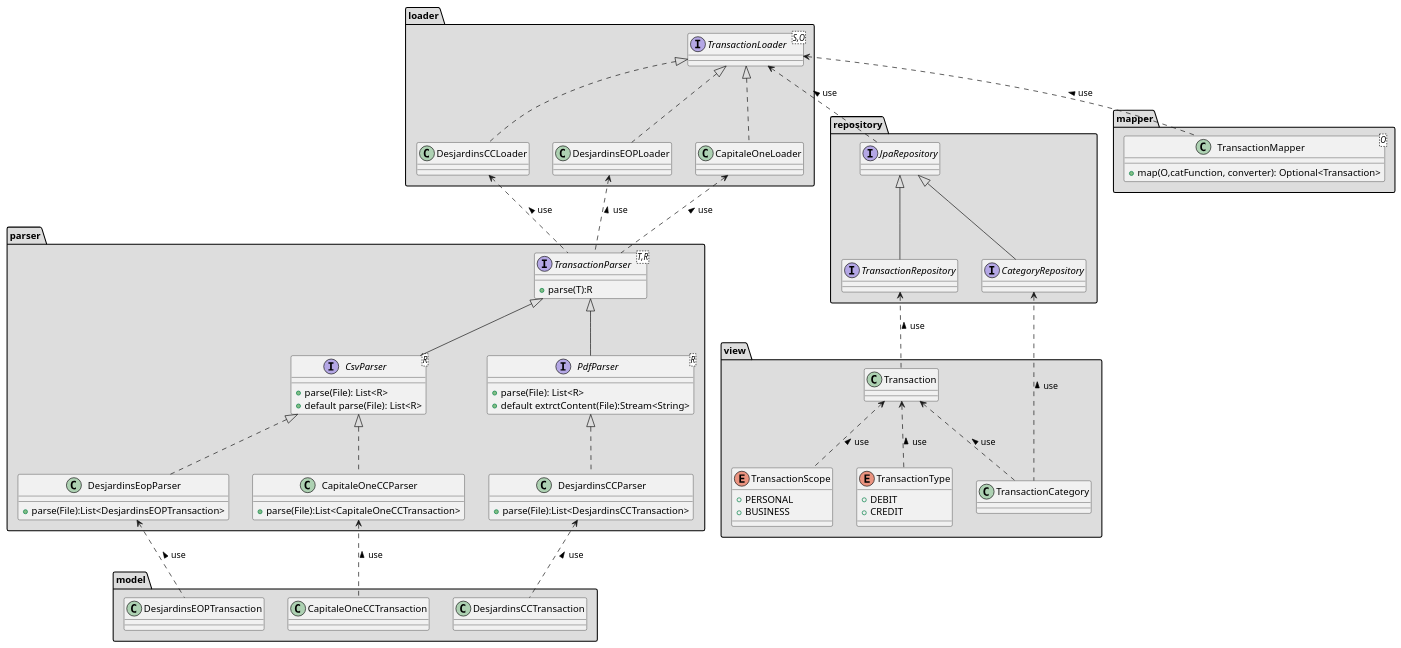
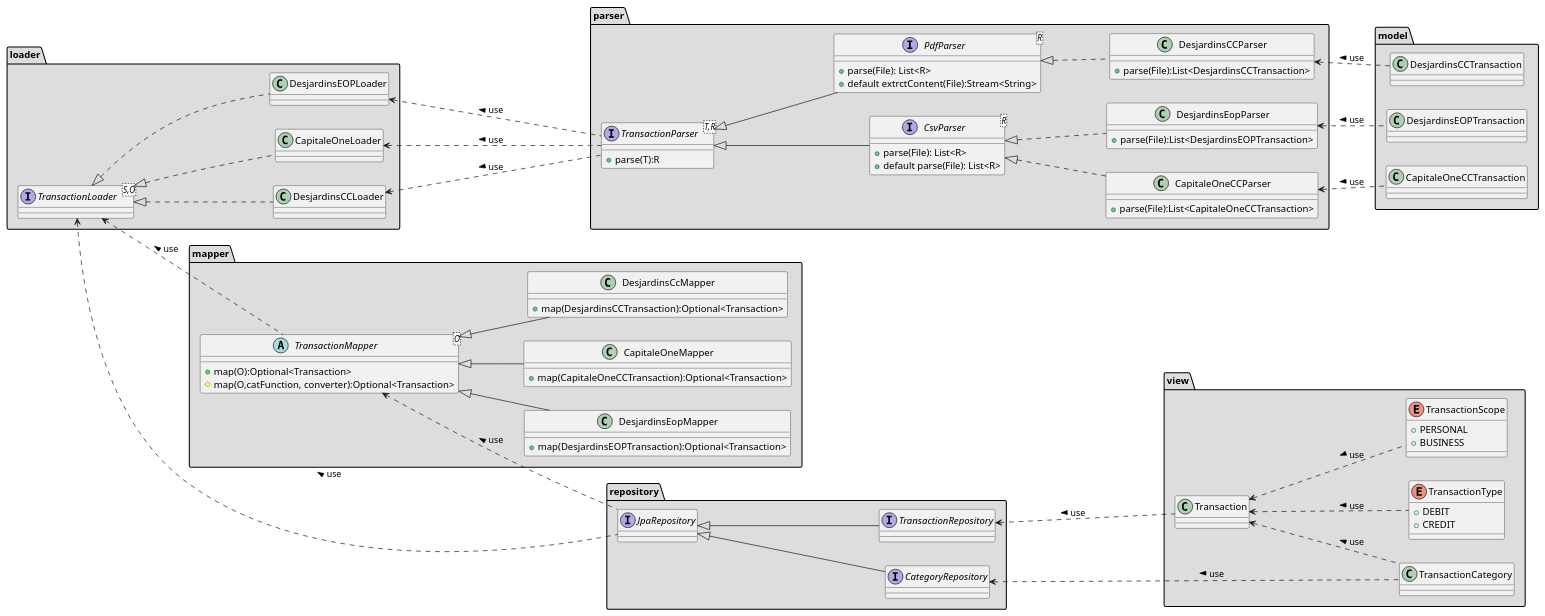
One commit to global-erp-organisation/transaction-manager changed the diagram in src/main/resources/transaction-loader.puml. Above: the diagram before and after it, drawn with PlantUML. The commit also changed 8 other files, not shown here.

```diff
--- a/src/main/resources/transaction-loader.puml
+++ b/src/main/resources/transaction-loader.puml
@@ -1,75 +1,89 @@
 @startuml
-
+left to right direction
 package loader #DDDDDD{
   interface TransactionLoader<S,O> {
   }
   class CapitaleOneLoader implements TransactionLoader {
   }
   class DesjardinsCCLoader implements TransactionLoader {
   }
   class DesjardinsEOPLoader implements TransactionLoader {
   }
 }
 package parser #DDDDDD{
 interface TransactionParser<T,R> {
   +parse(T):R
 }
 interface CsvParser<R> extends TransactionParser {
   +parse(File): List<R>
   +default parse(File): List<R>
 }
 interface PdfParser<R> extends TransactionParser {
 +parse(File): List<R>
 +default extrctContent(File):Stream<String>
 }
 class CapitaleOneCCParser implements CsvParser{
  +parse(File):List<CapitaleOneCCTransaction>
 }
 class DesjardinsCCParser implements PdfParser {
  +parse(File):List<DesjardinsCCTransaction>
 }
 class DesjardinsEopParser implements CsvParser {
     +parse(File):List<DesjardinsEOPTransaction>
 }
 }
 package repository #DDDDDD{
  interface TransactionRepository extends JpaRepository
  interface CategoryRepository extends JpaRepository
 }
 package model #DDDDDD{
 class CapitaleOneCCTransaction
 class DesjardinsCCTransaction
 class DesjardinsEOPTransaction
 }
 package view #DDDDDD{
 class Transaction
 class TransactionCategory
 enum TransactionType {
     +DEBIT
     +CREDIT
 }
 enum TransactionScope{
  +PERSONAL
  +BUSINESS
 }
 }
 package mapper #DDDDDD {
- class TransactionMapper<O> {
- +map(O,catFunction, converter): Optional<Transaction>
+ abstract class TransactionMapper<O> {
+  +map(O):Optional<Transaction>
+ #map(O,catFunction, converter):Optional<Transaction>
+ }
+
+ class CapitaleOneMapper extends TransactionMapper{
+  +map(CapitaleOneCCTransaction):Optional<Transaction>
+ }
+
+ class DesjardinsCcMapper extends TransactionMapper {
+ +map(DesjardinsCCTransaction):Optional<Transaction>
+ }
+
+ class DesjardinsEopMapper extends TransactionMapper {
+    +map(DesjardinsEOPTransaction):Optional<Transaction>
  }
 }
 
 CapitaleOneLoader <..TransactionParser: use <
 DesjardinsCCLoader <..TransactionParser: use <
 DesjardinsEOPLoader <..TransactionParser: use <
 CapitaleOneCCParser <..CapitaleOneCCTransaction: use <
 DesjardinsCCParser <.. DesjardinsCCTransaction: use <
 DesjardinsEopParser <.. DesjardinsEOPTransaction: use <
 Transaction <..TransactionCategory: use <
 Transaction <..TransactionType: use <
 Transaction <..TransactionScope: use <
 TransactionLoader <..JpaRepository: use <
 TransactionRepository <..Transaction: use <
 CategoryRepository <..TransactionCategory: use <
 TransactionLoader <.. TransactionMapper: use <
+TransactionMapper <.. JpaRepository: use <
 @enduml
```
